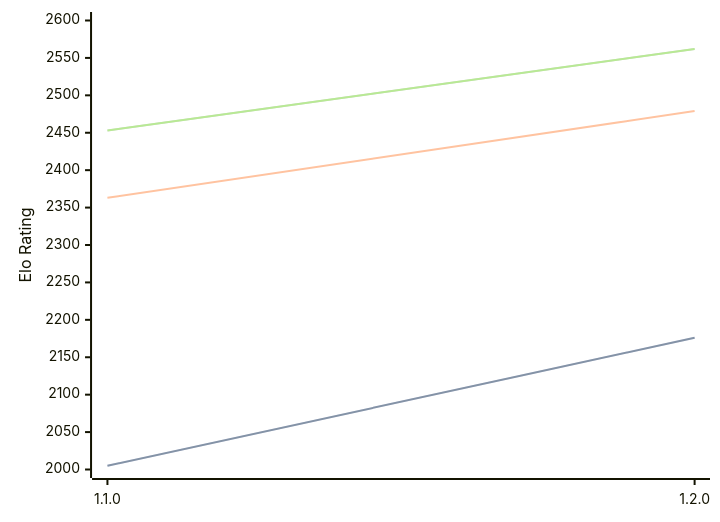
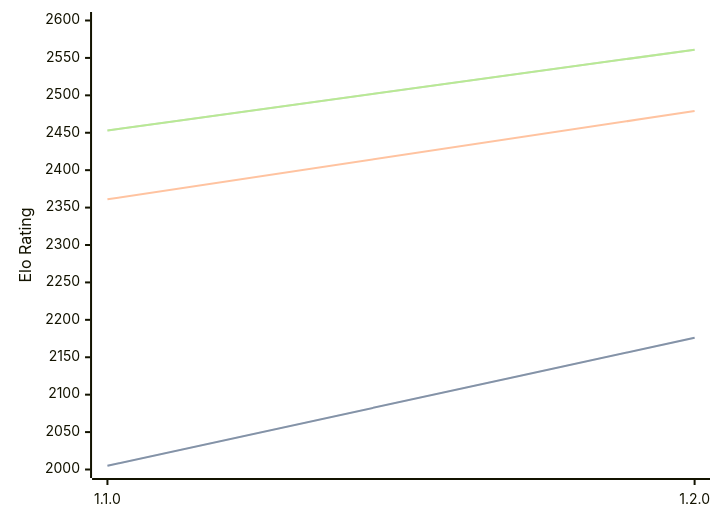
Before and after one commit to computer-chess-index/cci: the diagram in engines/Gyatso.md, drawn with Mermaid. The commit also changed other lines of this file, not shown here.

Commit message:
Update CCI Ratings (ELO VLTC) - 2026-02-14

````diff
--- a/engines/Gyatso.md
+++ b/engines/Gyatso.md
@@ -30,11 +30,11 @@
 ```mermaid
 %%{init: {"theme":"base","themeVariables":{"seriesColors:['#a3a3a3','#222221','#faa371']}}}%%
 xychart-beta
   x-axis ["1.1.0", "1.2.0"]
   y-axis "Elo Rating" 2000 --> 2600
   line "STC (8.0+0.08s)" [2005, 2176]
   line "STC (8.0+0.08s)" [2005, 2176]
-  line "LTC (60.0+0.60s)" [2363, 2479]
-  line "VLTC (2m24s+1.12s)" [2453, 2562]
-  line "VLTC (2m24s+1.12s)" [2453, 2562]
+  line "LTC (60.0+0.60s)" [2361, 2479]
+  line "VLTC (2m24s+1.12s)" [2453, 2561]
+  line "VLTC (2m24s+1.12s)" [2453, 2561]
 ```
````
